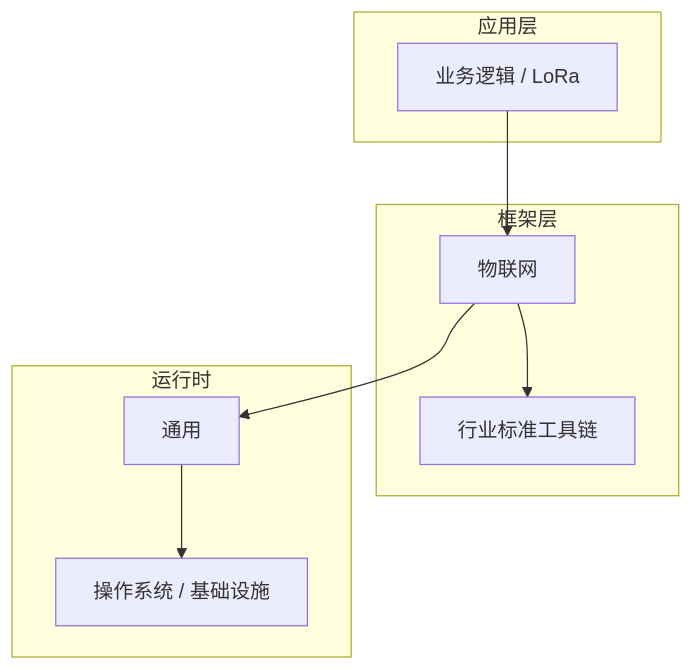
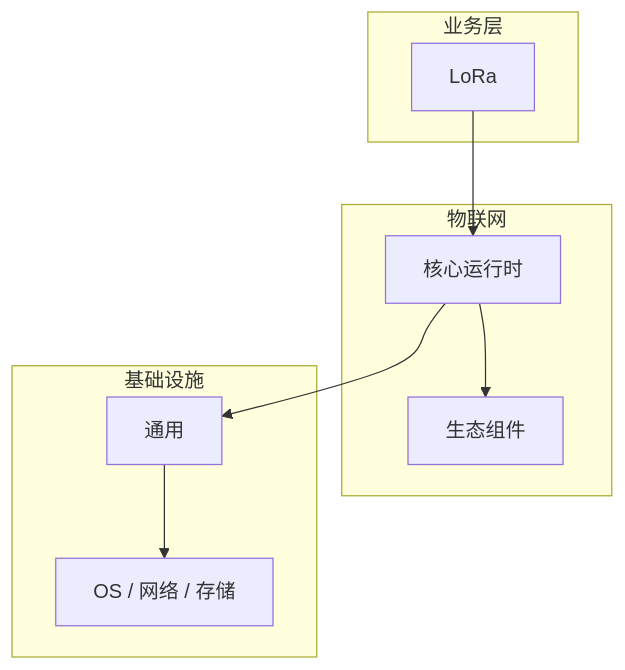
Before and after one commit to yanggan2015/knowledge-json-v2: the diagram in articles/物联网/chapters/031-LoRa核心概念与原理.md, drawn with Mermaid. The commit also changed other lines of this file and 10127 other files, not shown here.

````diff
--- a/articles/物联网/chapters/031-LoRa核心概念与原理.md
+++ b/articles/物联网/chapters/031-LoRa核心概念与原理.md
@@ -45,18 +30,18 @@
 ```mermaid
 graph TB
-    subgraph 应用层
-        A[业务逻辑 / LoRa]
+    subgraph 业务层
+        A[LoRa]
     end
-    subgraph 框架层
-        B[物联网]
-        C[行业标准工具链]
+    subgraph 物联网
+        B[核心运行时]
+        C[生态组件]
     end
-    subgraph 运行时
+    subgraph 基础设施
         D[通用]
-        E[操作系统 / 基础设施]
+        E[OS / 网络 / 存储]
     end
     A --> B
     B --> C
     B --> D
     D --> E
 ```
````
